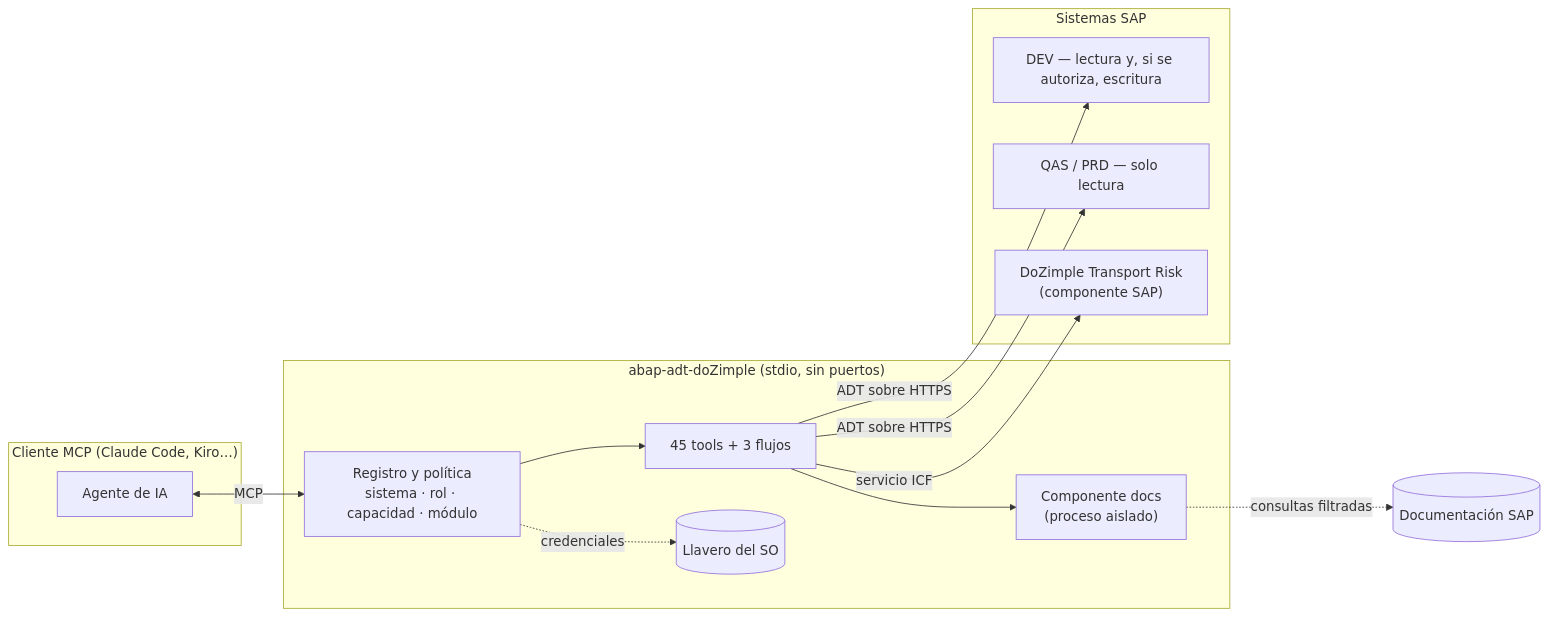
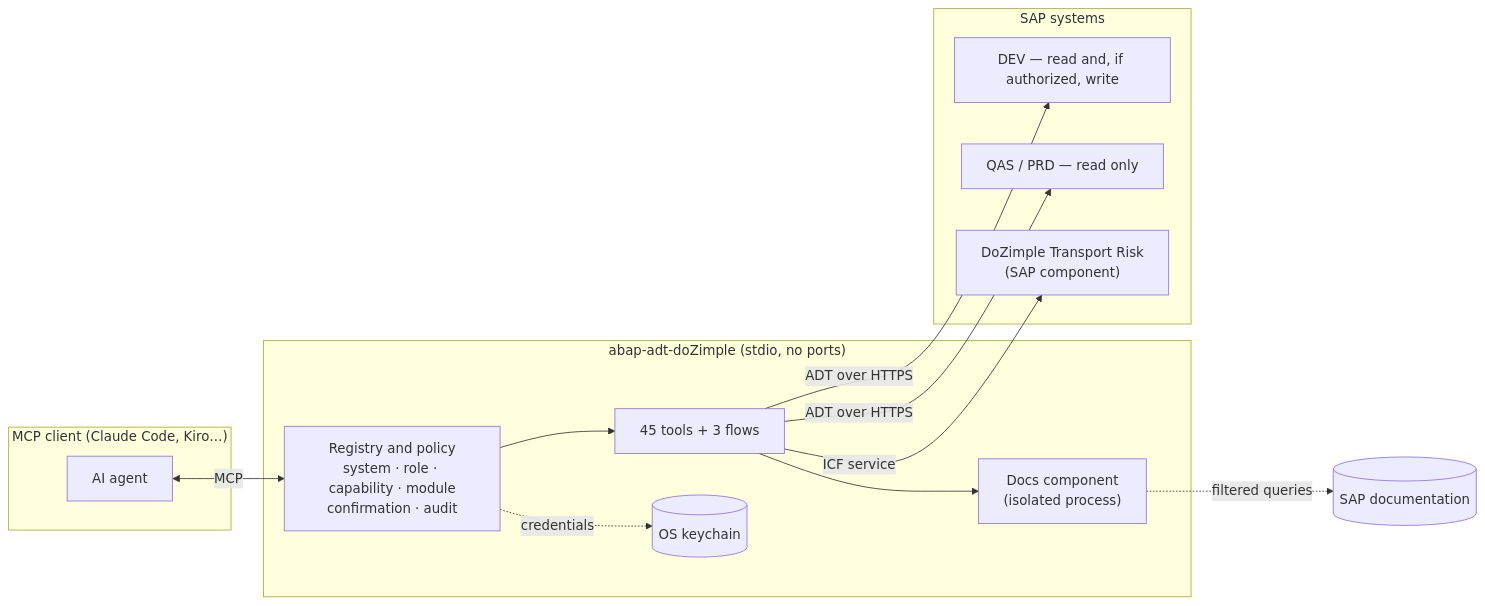
Before and after one commit to roviedoCL/abap-adt-dozimple: the diagram in README.md, drawn with Mermaid. The commit also changed other lines of this file and 6 other files, not shown here.

````diff
--- a/README.md
+++ b/README.md
@@ -68,24 +71,24 @@
 ```mermaid
 flowchart LR
-  subgraph Cliente["Cliente MCP (Claude Code, Kiro…)"]
-    A[Agente de IA]
+  subgraph Client["MCP client (Claude Code, Kiro…)"]
+    A[AI agent]
   end
-  subgraph Srv["abap-adt-doZimple (stdio, sin puertos)"]
-    R["Registro y política<br/>sistema · rol · capacidad · módulo"]
-    T["45 tools + 3 flujos"]
-    K[("Llavero del SO")]
-    D["Componente docs<br/>(proceso aislado)"]
+  subgraph Srv["abap-adt-doZimple (stdio, no ports)"]
+    R["Registry and policy<br/>system · role · capability · module<br/>confirmation · audit"]
+    T["45 tools + 3 flows"]
+    K[("OS keychain")]
+    D["Docs component<br/>(isolated process)"]
   end
-  subgraph SAP["Sistemas SAP"]
-    DEV["DEV — lectura y, si se autoriza, escritura"]
-    QAS["QAS / PRD — solo lectura"]
-    TR["DoZimple Transport Risk<br/>(componente SAP)"]
+  subgraph SAP["SAP systems"]
+    DEV["DEV — read and, if authorized, write"]
+    QAS["QAS / PRD — read only"]
+    TR["DoZimple Transport Risk<br/>(SAP component)"]
   end
   A <-->|MCP| R --> T
-  T -->|ADT sobre HTTPS| DEV
-  T -->|ADT sobre HTTPS| QAS
-  T -->|servicio ICF| TR
+  T -->|ADT over HTTPS| DEV
+  T -->|ADT over HTTPS| QAS
+  T -->|ICF service| TR
   T --> D
-  R -.credenciales.-> K
-  D -.consultas filtradas.-> W[(Documentación SAP)]
+  R -.credentials.-> K
+  D -.filtered queries.-> W[(SAP documentation)]
 ```
````
